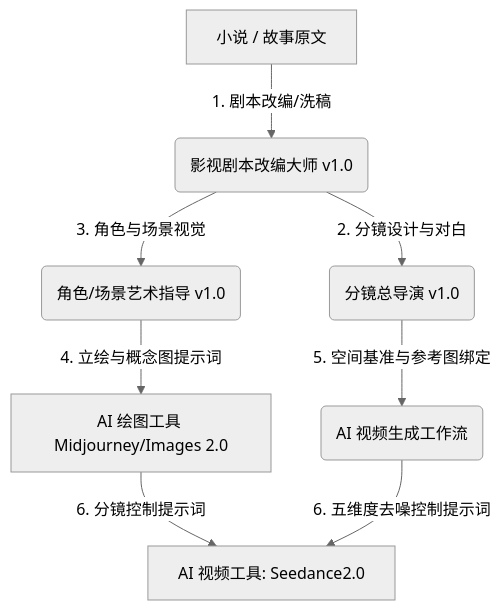
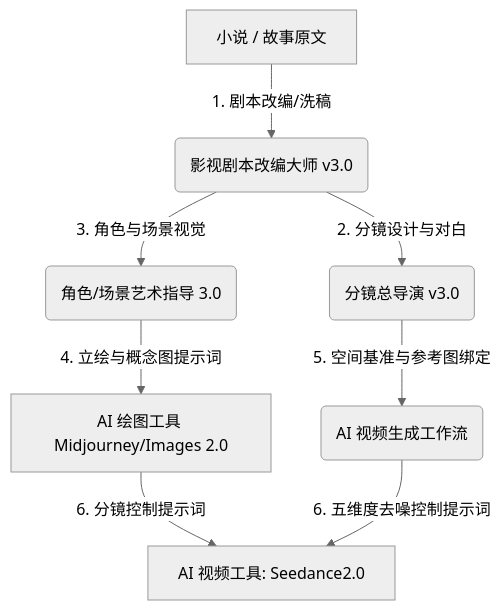
Before and after one commit to yuanhongchen56-web/short-drama-ai-filmmaking: the diagram in README.md, drawn with Mermaid (neutral theme). The commit also changed other lines of this file, not shown here.

````diff
--- a/README.md
+++ b/README.md
@@ -58,10 +58,10 @@
 ```mermaid
 graph TD
-    A[小说 / 故事原文] -->|1. 剧本改编/洗稿| B(影视剧本改编大师 v1.0)
-    B -->|2. 分镜设计与对白| C(分镜总导演 v1.0)
-    B -->|3. 角色与场景视觉| D(角色/场景艺术指导 v1.0)
+    A[小说 / 故事原文] -->|1. 剧本改编/洗稿| B(影视剧本改编大师 v3.0)
+    B -->|2. 分镜设计与对白| C(分镜总导演 v3.0)
+    B -->|3. 角色与场景视觉| D(角色/场景艺术指导 3.0)
     D -->|4. 立绘与概念图提示词| E[AI 绘图工具 Midjourney/Images 2.0]
     C -->|5. 空间基准与参考图绑定| F(AI 视频生成工作流)
     E -->|6. 分镜控制提示词| G[AI 视频工具 Seedance/Images 2.0]
     F -->|6. 五维度去噪控制提示词| G[AI 视频工具: Seedance2.0]
 ```
````
